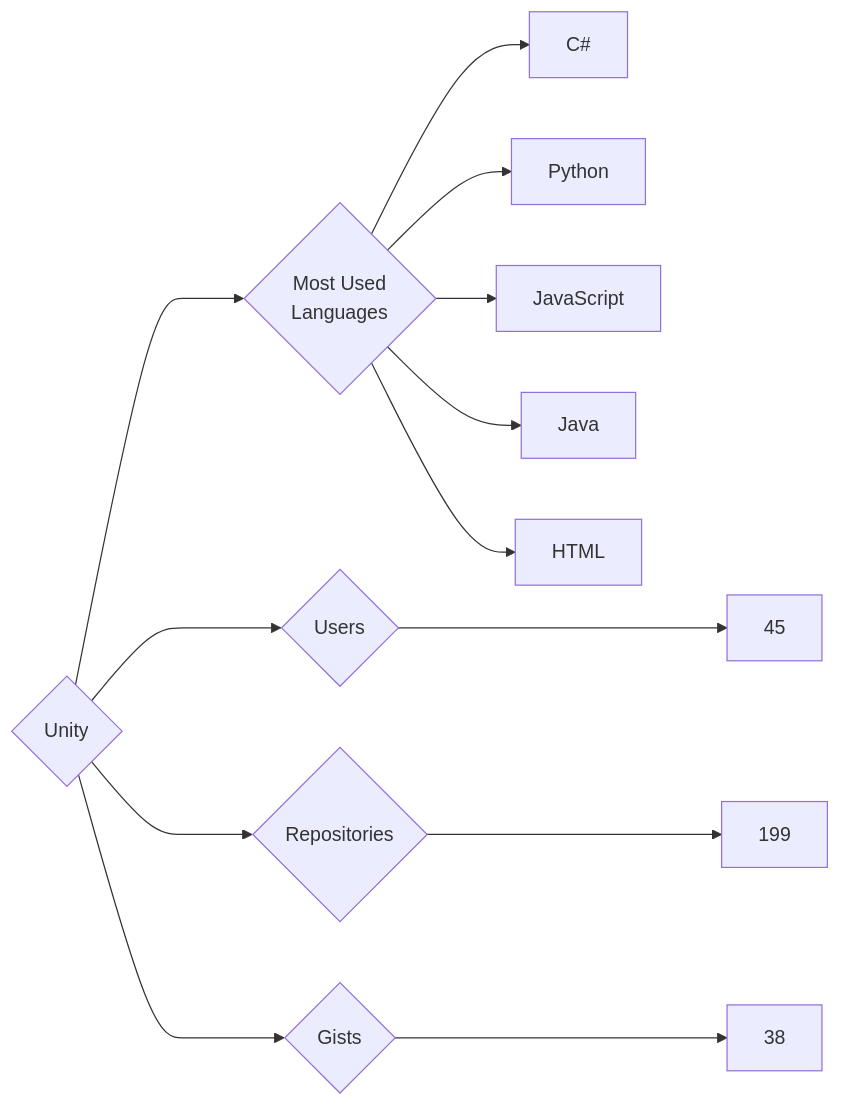
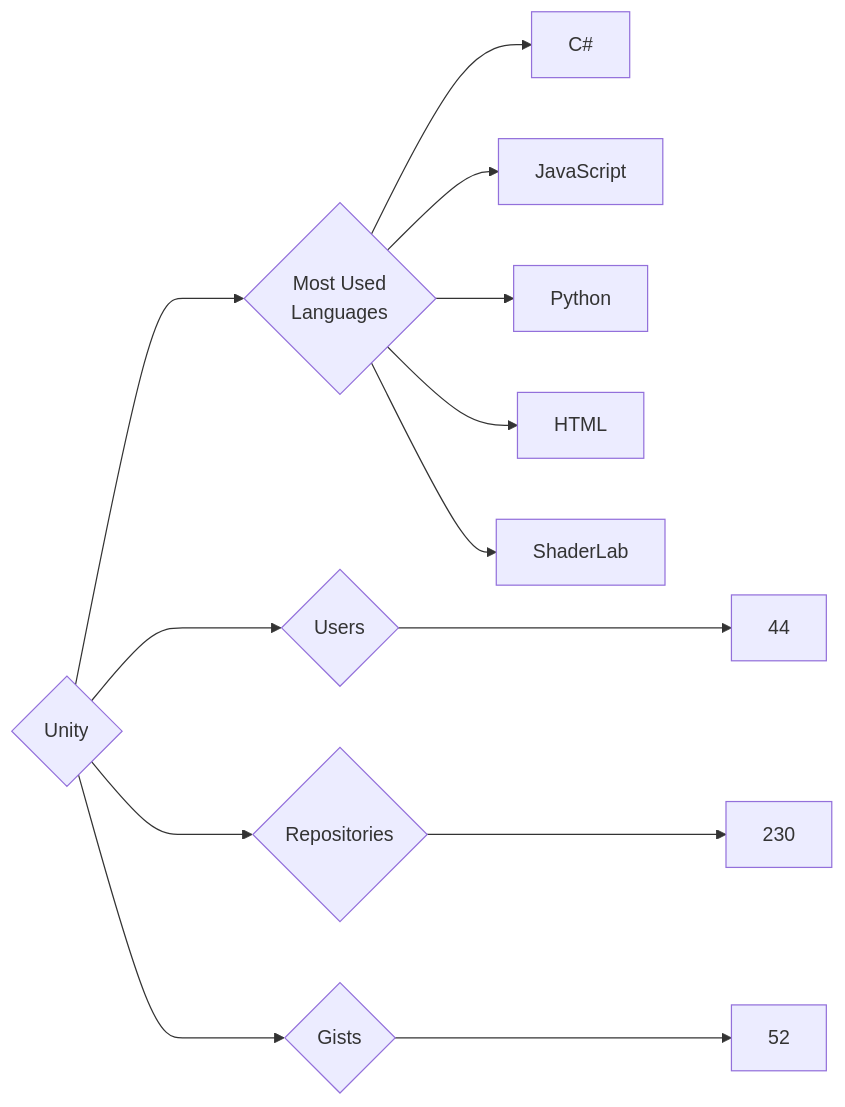
One commit to trickest/insiders changed the diagram in targets/Unity/README.md. Above: the diagram before and after it, drawn with Mermaid. The commit also changed 871 other files, not shown here.

````diff
--- a/targets/Unity/README.md
+++ b/targets/Unity/README.md
@@ -3,13 +3,13 @@
 ```mermaid
 graph LR
 COMPANY_NAME{Unity}
-COMPANY_NAME ---> U{Users} ---> UN[45]
-COMPANY_NAME ---> R{Repositories} ---> RN[199]
-COMPANY_NAME ---> G{Gists} ---> GN[38]
+COMPANY_NAME ---> U{Users} ---> UN[44]
+COMPANY_NAME ---> R{Repositories} ---> RN[230]
+COMPANY_NAME ---> G{Gists} ---> GN[52]
 COMPANY_NAME ---> ML{Most Used<br>Languages}
 ML --> C#[C#]
+ML --> JavaScript[JavaScript]
 ML --> Python[Python]
-ML --> JavaScript[JavaScript]
-ML --> Java[Java]
 ML --> HTML[HTML]
+ML --> ShaderLab[ShaderLab]
 ```
````
